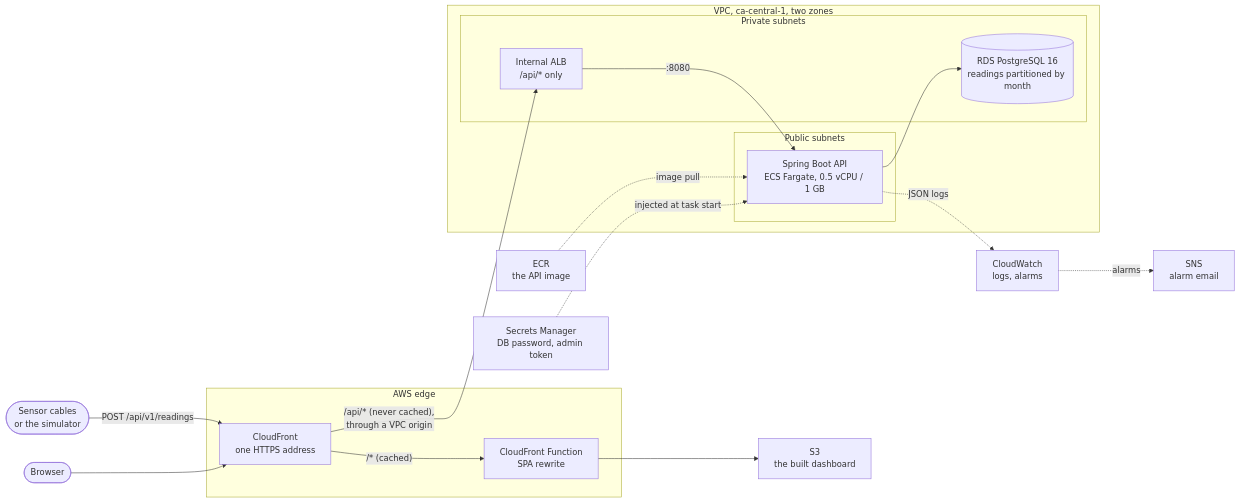
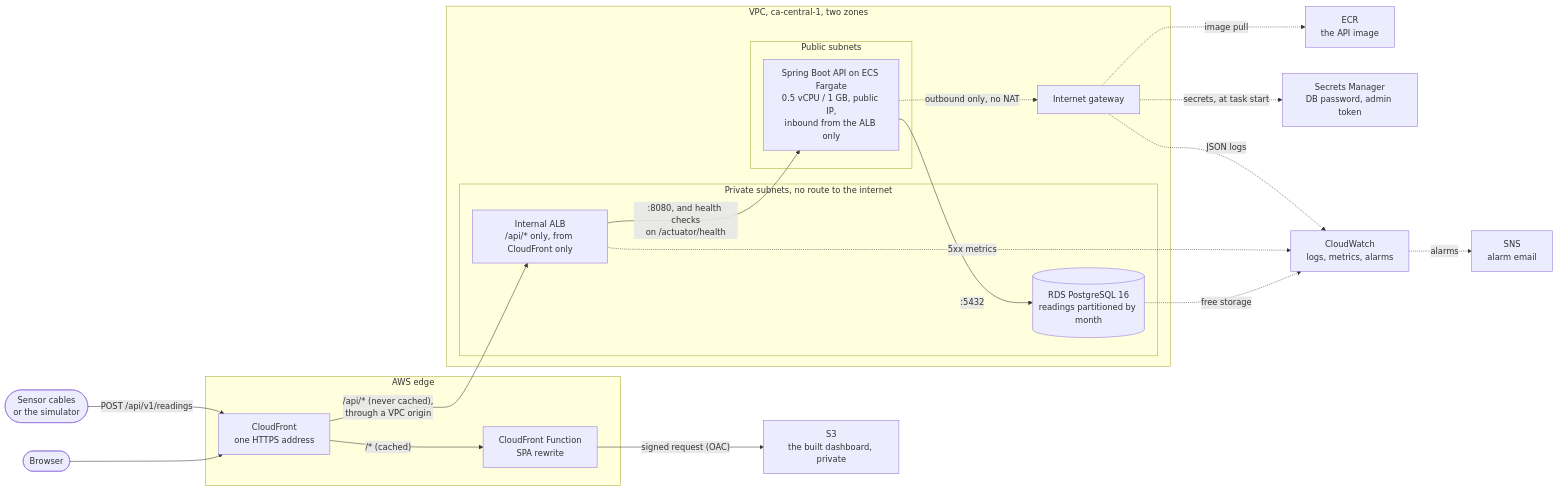
The first of 3 diagrams in docs/architecture.md (Bacchetto/grain-bin-monitoring), drawn with Mermaid before and after one commit. The commit also changed other lines of this file, not shown here.

First line of the commit message:
docs: fill the gaps in the architecture diagrams

````diff
--- a/docs/architecture.md
+++ b/docs/architecture.md
@@ -11,37 +11,42 @@
 ```mermaid
 flowchart LR
     devices(["Sensor cables<br/>or the simulator"])
     browser(["Browser"])
 
     subgraph edge ["AWS edge"]
         cf["CloudFront<br/>one HTTPS address"]
         fn["CloudFront Function<br/>SPA rewrite"]
     end
 
     subgraph vpc ["VPC, ca-central-1, two zones"]
-        subgraph private ["Private subnets"]
-            alb["Internal ALB<br/>/api/* only"]
+        igw["Internet gateway"]
+        subgraph private ["Private subnets, no route to the internet"]
+            alb["Internal ALB<br/>/api/* only, from CloudFront only"]
             db[("RDS PostgreSQL 16<br/>readings partitioned by month")]
         end
         subgraph public ["Public subnets"]
-            api["Spring Boot API<br/>ECS Fargate, 0.5 vCPU / 1 GB"]
+            api["Spring Boot API on ECS Fargate<br/>0.5 vCPU / 1 GB, public IP,<br/>inbound from the ALB only"]
         end
     end
 
-    s3["S3<br/>the built dashboard"]
+    s3["S3<br/>the built dashboard, private"]
     ecr["ECR<br/>the API image"]
     secrets["Secrets Manager<br/>DB password, admin token"]
-    cw["CloudWatch<br/>logs, alarms"]
+    cw["CloudWatch<br/>logs, metrics, alarms"]
     sns["SNS<br/>alarm email"]
 
     devices -- "POST /api/v1/readings" --> cf
     browser --> cf
-    cf -- "/* (cached)" --> fn --> s3
+    cf -- "/* (cached)" --> fn
+    fn -- "signed request (OAC)" --> s3
     cf -- "/api/* (never cached),<br/>through a VPC origin" --> alb
-    alb -- ":8080" --> api
-    api --> db
-    ecr -. "image pull" .-> api
-    secrets -. "injected at task start" .-> api
-    api -. "JSON logs" .-> cw
+    alb -- ":8080, and health checks<br/>on /actuator/health" --> api
+    api -- ":5432" --> db
+    api -. "outbound only, no NAT" .-> igw
+    igw -. "image pull" .-> ecr
+    igw -. "secrets, at task start" .-> secrets
+    igw -. "JSON logs" .-> cw
+    alb -. "5xx metrics" .-> cw
+    db -. "free storage" .-> cw
     cw -. "alarms" .-> sns
 ```
````
